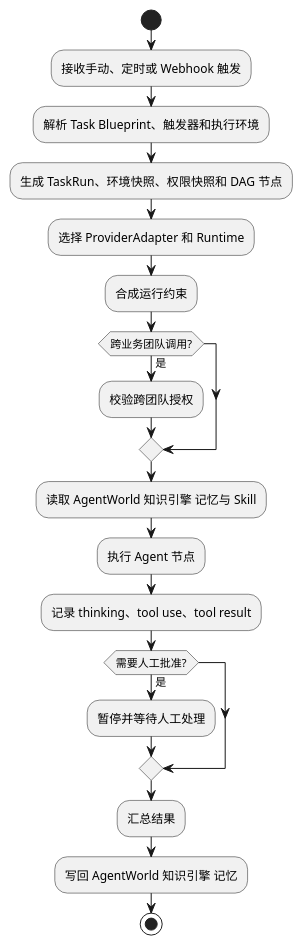
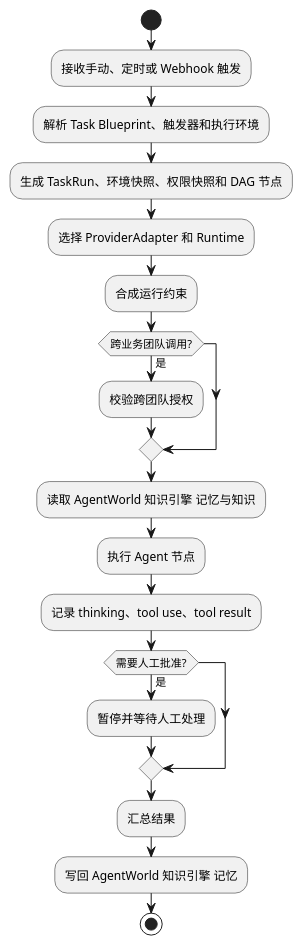
The second of 5 diagrams in docs/system-design.zh-CN.md (SimonMing47/agent-world), drawn with PlantUML before and after one commit. The commit also changed other lines of this file and 35 other files, not shown here.

````diff
--- a/docs/system-design.zh-CN.md
+++ b/docs/system-design.zh-CN.md
@@ -65,22 +65,22 @@
 ```plantuml
 @startuml
 start
 :接收手动、定时或 Webhook 触发;
 :解析 Task Blueprint、触发器和执行环境;
 :生成 TaskRun、环境快照、权限快照和 DAG 节点;
 :选择 ProviderAdapter 和 Runtime;
 :合成运行约束;
 if (跨业务团队调用?) then (是)
   :校验跨团队授权;
 endif
-:读取 AgentWorld 知识引擎 记忆与 Skill;
+:读取 AgentWorld 知识引擎 记忆与知识;
 :执行 Agent 节点;
 :记录 thinking、tool use、tool result;
 if (需要人工批准?) then (是)
   :暂停并等待人工处理;
 endif
 :汇总结果;
 :写回 AgentWorld 知识引擎 记忆;
 stop
 @enduml
 ```
````
